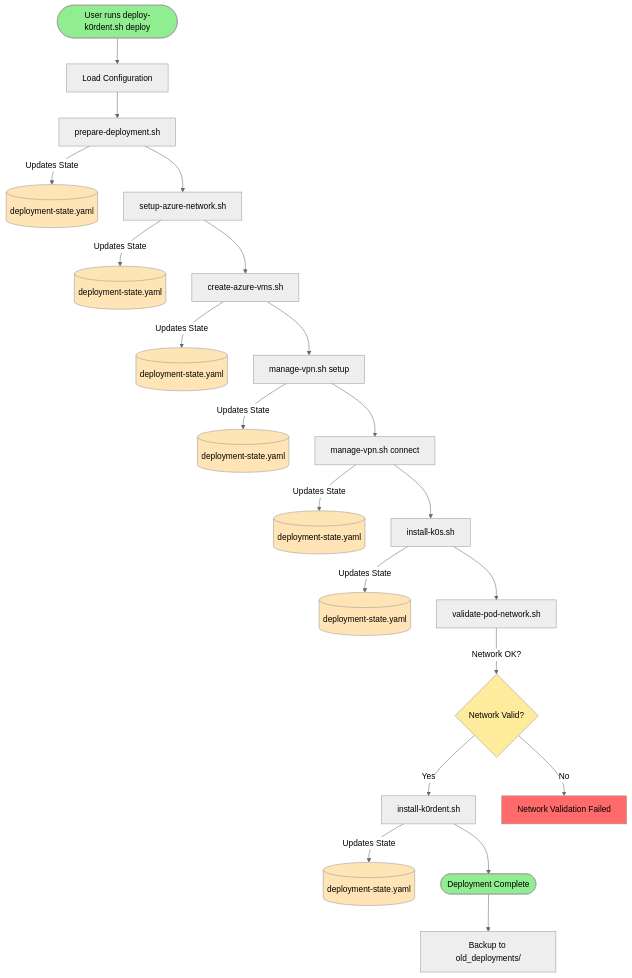
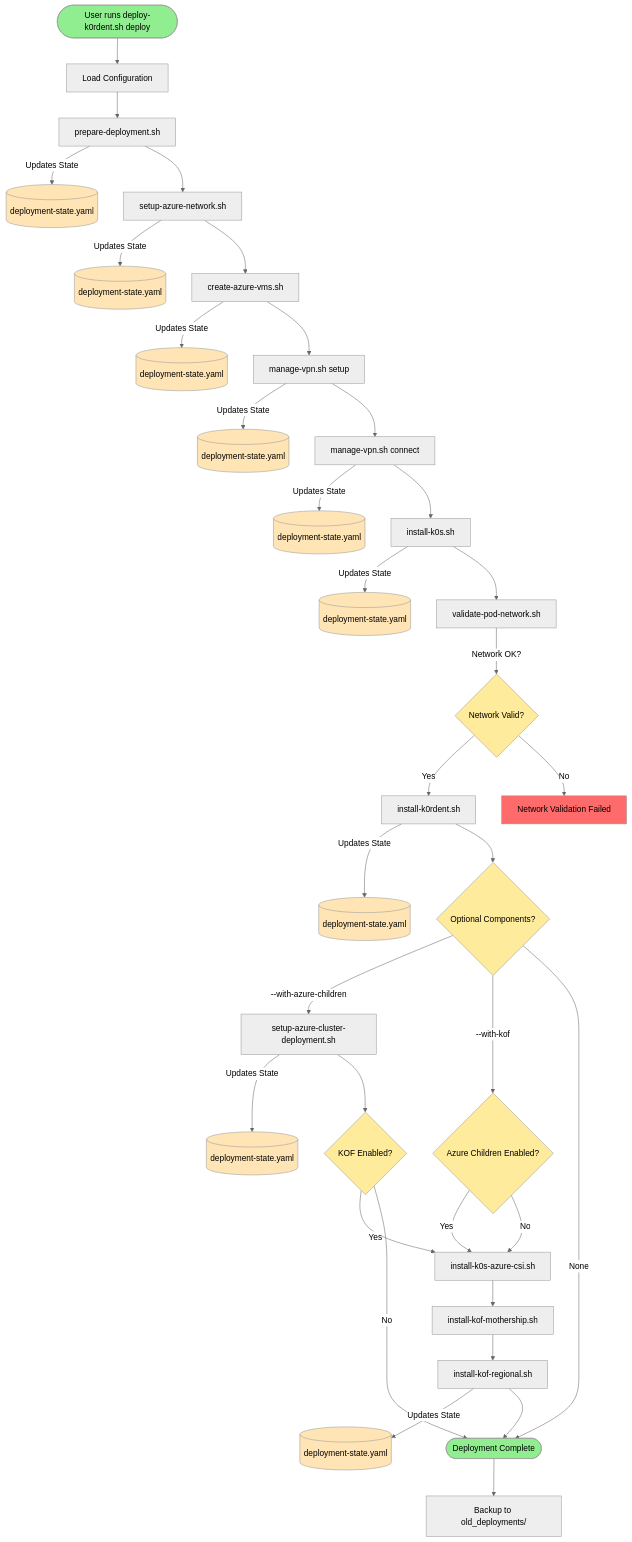
The first of 6 diagrams in docs/PROGRAM_FLOW_DIAGRAM.md (randybias/k0rdent-azure-setup), drawn with Mermaid (neutral theme) before and after one commit. The commit also changed other lines of this file and 9 other files, not shown here.

First line of the commit message:
Update documentation and configurations for k0rdent v1.1.1 and KOF

````diff
--- a/docs/PROGRAM_FLOW_DIAGRAM.md
+++ b/docs/PROGRAM_FLOW_DIAGRAM.md
@@ -8,44 +8,66 @@
 ```mermaid
 graph TD
     Start([User runs deploy-k0rdent.sh deploy]) --> LoadConfig[Load Configuration]
     
     LoadConfig --> PrepDeploy[prepare-deployment.sh]
     PrepDeploy --> |Updates State| State1[(deployment-state.yaml)]
     
     PrepDeploy --> SetupNet[setup-azure-network.sh]
     SetupNet --> |Updates State| State2[(deployment-state.yaml)]
     
     SetupNet --> CreateVMs[create-azure-vms.sh]
     CreateVMs --> |Updates State| State3[(deployment-state.yaml)]
     
     CreateVMs --> SetupVPN[manage-vpn.sh setup]
     SetupVPN --> |Updates State| State4[(deployment-state.yaml)]
     
     SetupVPN --> ConnectVPN[manage-vpn.sh connect]
     ConnectVPN --> |Updates State| State5[(deployment-state.yaml)]
     
     ConnectVPN --> Installk0s[install-k0s.sh]
     Installk0s --> |Updates State| State6[(deployment-state.yaml)]
     
     Installk0s --> ValidateNet[validate-pod-network.sh]
     ValidateNet --> |Network OK?| NetDecision{Network Valid?}
     NetDecision -->|Yes| Installk0rdent[install-k0rdent.sh]
     NetDecision -->|No| FailNet[Network Validation Failed]
     
     Installk0rdent --> |Updates State| State7[(deployment-state.yaml)]
     
-    Installk0rdent --> Complete([Deployment Complete])
+    Installk0rdent --> OptionalCheck{Optional Components?}
+    OptionalCheck -->|--with-azure-children| AzureSetup[setup-azure-cluster-deployment.sh]
+    OptionalCheck -->|--with-kof| KOFCheck{Azure Children Enabled?}
+    OptionalCheck -->|None| Complete([Deployment Complete])
+    
+    AzureSetup --> |Updates State| State8[(deployment-state.yaml)]
+    AzureSetup --> KOFCheck2{KOF Enabled?}
+    
+    KOFCheck -->|Yes| InstallCSI[install-k0s-azure-csi.sh]
+    KOFCheck -->|No| InstallCSI
+    KOFCheck2 -->|Yes| InstallCSI
+    KOFCheck2 -->|No| Complete
+    
+    InstallCSI --> InstallKOFMothership[install-kof-mothership.sh]
+    InstallKOFMothership --> InstallKOFRegional[install-kof-regional.sh]
+    InstallKOFRegional --> |Updates State| State9[(deployment-state.yaml)]
+    InstallKOFRegional --> Complete
+    
     Complete --> Backup[Backup to old_deployments/]
     
     style Start fill:#90EE90
     style Complete fill:#90EE90
     style State1 fill:#FFE4B5
     style State2 fill:#FFE4B5
     style State3 fill:#FFE4B5
     style State4 fill:#FFE4B5
     style State5 fill:#FFE4B5
     style State6 fill:#FFE4B5
     style State7 fill:#FFE4B5
+    style State8 fill:#FFE4B5
+    style State9 fill:#FFE4B5
     style FailNet fill:#FF6B6B
     style NetDecision fill:#FFEB9C
+    style OptionalCheck fill:#FFEB9C
+    style KOFCheck fill:#FFEB9C
+    style KOFCheck2 fill:#FFEB9C
 ```
````
